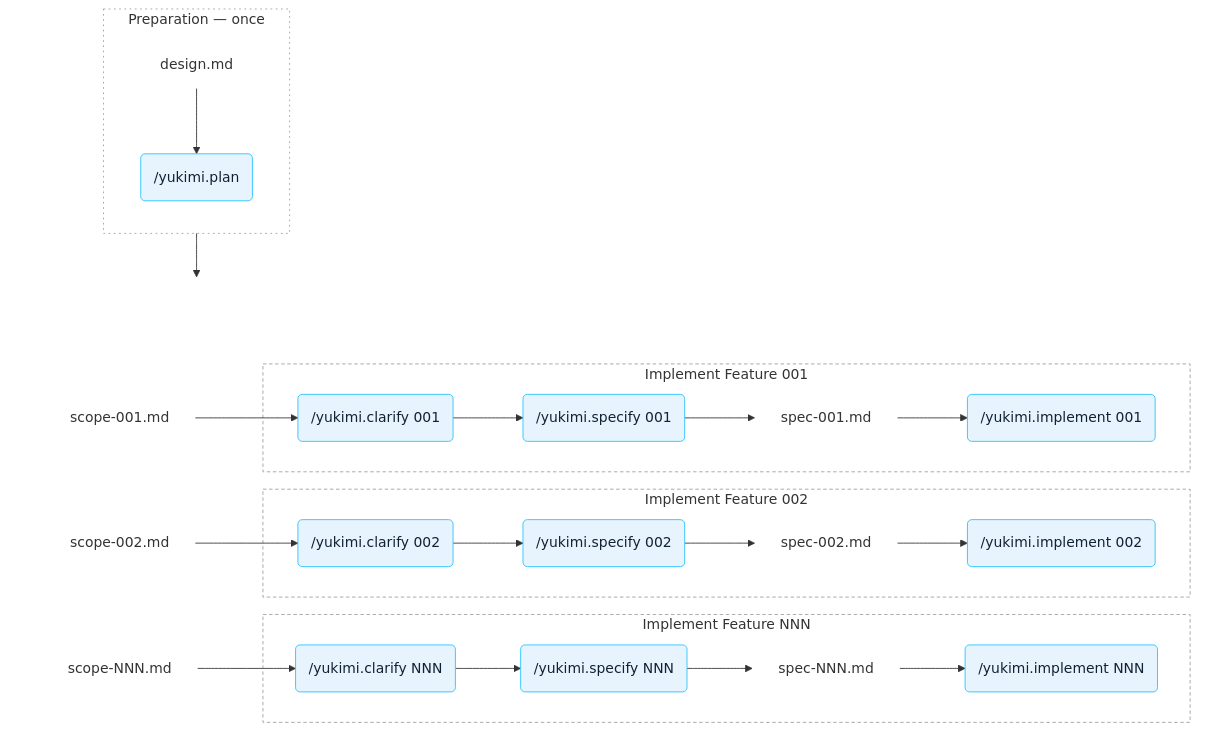
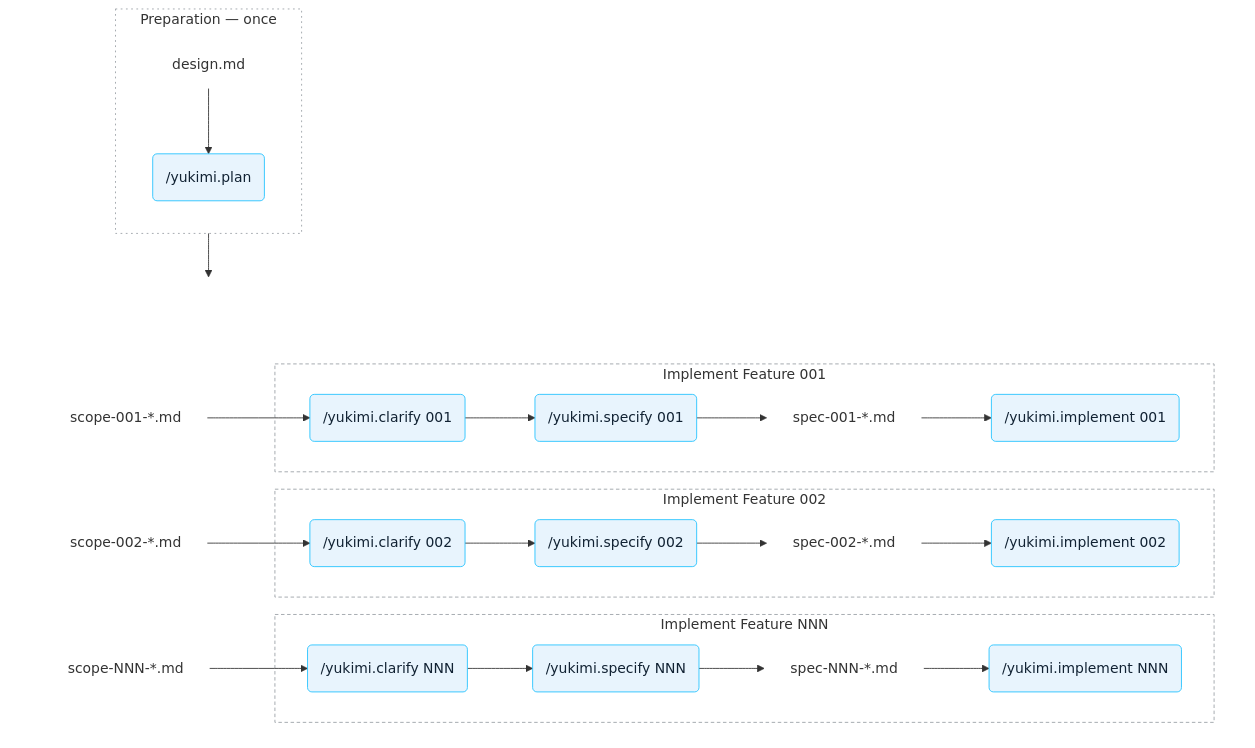
One commit to allianz/yukimi changed the diagram in CONTRIBUTING.md. Above: the diagram before and after it, drawn with Mermaid.

Commit message:
improved picture

````diff
--- a/CONTRIBUTING.md
+++ b/CONTRIBUTING.md
@@ -14,62 +14,62 @@
 ```mermaid
 flowchart TB
     %% Two stacked halves. Edges run box-to-box, never from an inner node to the outside: an edge
     %% out of an inner node makes mermaid drop that box's own `direction`, and the directions are
     %% what shape this diagram (design.md above /yukimi.plan, and the feature rows left to right).
     subgraph prep["Preparation — once"]
         direction TB
         design["design.md"] --> plan("/yukimi.plan")
     end
 
     %% Left alignment: mermaid centres every rank, so the Preparation box needs something to its
     %% right to be pushed left. `spacer` is a transparent node — only its width does any work —
     %% and the invisible `~~~` link is what pins it to the same rank as the box instead of letting
     %% it float off on its own. Add or remove dots to nudge Preparation further left or right.
     spacer["...................................................................................................................."]
 
     %% `anchor` is a second invisible node, one rank below Preparation and nothing else — that is
     %% what makes the arrow drop straight down from the box's centre. It must NOT link to `impl`:
     %% with that link, mermaid balances the anchor between Preparation and the wide box's centre
     %% and the arrow leans right again. `mid` carries the invisible route down to `impl` instead,
     %% which also gives the anchor a rank of its own so the arrow stays short.
     prep --> anchor[" "]
     spacer ~~~ mid[" "]
     mid ~~~ impl
 
     %% Invisible grouping box. The rendered row order is a right-rotation of the declaration order:
     %% declaring 001, 002, NNN comes out as NNN, 001, 002. Declaring 002, NNN, 001 is therefore what
     %% renders 001 on top and NNN at the bottom. Verified by rendering, so change it with care.
     subgraph impl[" "]
         direction LR
 
         subgraph spec2["Implement Feature 002"]
-            c2("/yukimi.clarify 002") --> s2("/yukimi.specify 002") --> sf2["spec-002.md"] --> i2("/yukimi.implement 002")
+            c2("/yukimi.clarify 002") --> s2("/yukimi.specify 002") --> sf2["spec-002-*.md"] --> i2("/yukimi.implement 002")
         end
 
         subgraph specn["Implement Feature NNN"]
-            cn("/yukimi.clarify NNN") --> sn("/yukimi.specify NNN") --> sfn["spec-NNN.md"] --> imn("/yukimi.implement NNN")
+            cn("/yukimi.clarify NNN") --> sn("/yukimi.specify NNN") --> sfn["spec-NNN-*.md"] --> imn("/yukimi.implement NNN")
         end
 
         subgraph spec1["Implement Feature 001"]
-            c1("/yukimi.clarify 001") --> s1("/yukimi.specify 001") --> sf1["spec-001.md"] --> i1("/yukimi.implement 001")
+            c1("/yukimi.clarify 001") --> s1("/yukimi.specify 001") --> sf1["spec-001-*.md"] --> i1("/yukimi.implement 001")
         end
 
-        sc1["scope-001.md"] --> c1
-        sc2["scope-002.md"] --> c2
-        scn["scope-NNN.md"] --> cn
+        sc1["scope-001-*.md"] --> c1
+        sc2["scope-002-*.md"] --> c2
+        scn["scope-NNN-*.md"] --> cn
     end
 
     classDef file fill:transparent,stroke:transparent,stroke-width:0
     classDef skill fill:#e8f4fd,stroke:#22c2ff,color:#123
     class design,scn,sc2,sc1,sfn,sf2,sf1 file
     class plan,cn,sn,imn,c2,s2,i2,c1,s1,i1 skill
 
     style prep fill:transparent,stroke:#9aa0a6,stroke-dasharray:2 4
     style spacer fill:transparent,stroke:transparent,color:transparent
     style anchor fill:transparent,stroke:transparent,color:transparent
     style mid fill:transparent,stroke:transparent,color:transparent
     style impl fill:transparent,stroke:transparent
     style spec1 fill:transparent,stroke:#9aa0a6,stroke-dasharray:4 3
     style spec2 fill:transparent,stroke:#9aa0a6,stroke-dasharray:4 3
     style specn fill:transparent,stroke:#9aa0a6,stroke-dasharray:4 3
 ```
````
